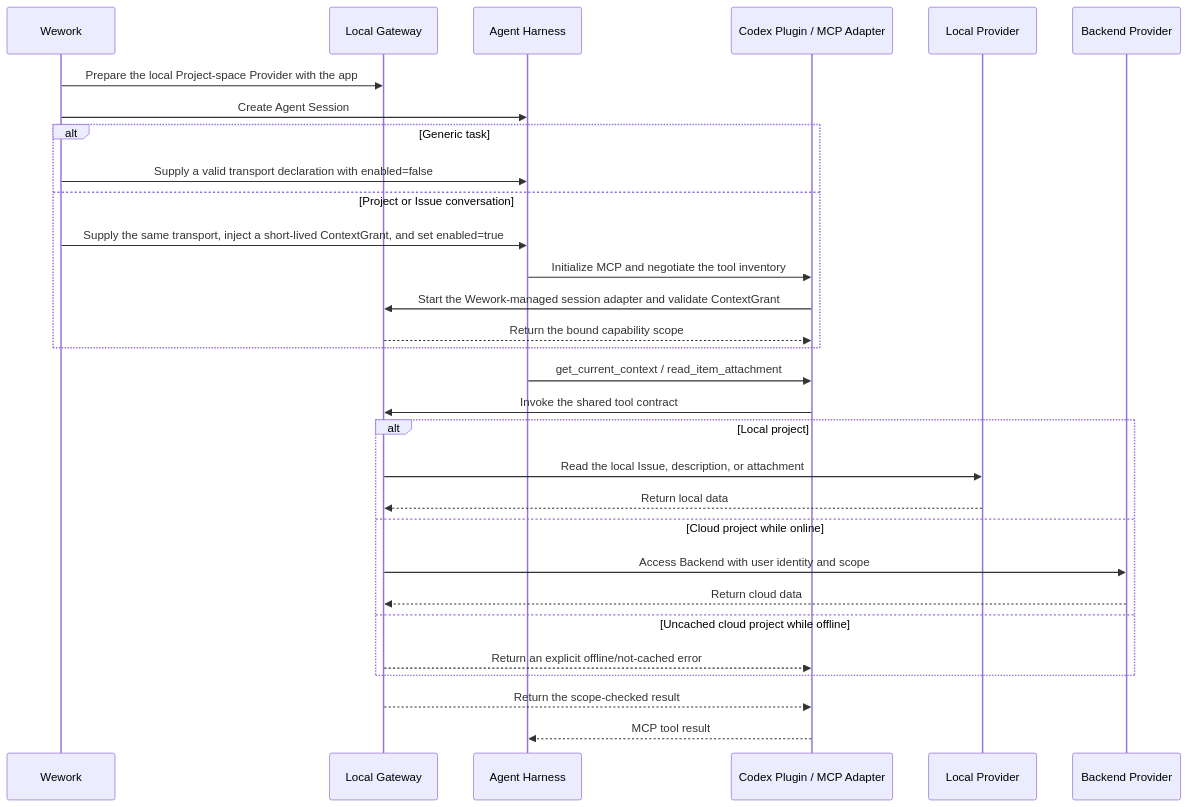
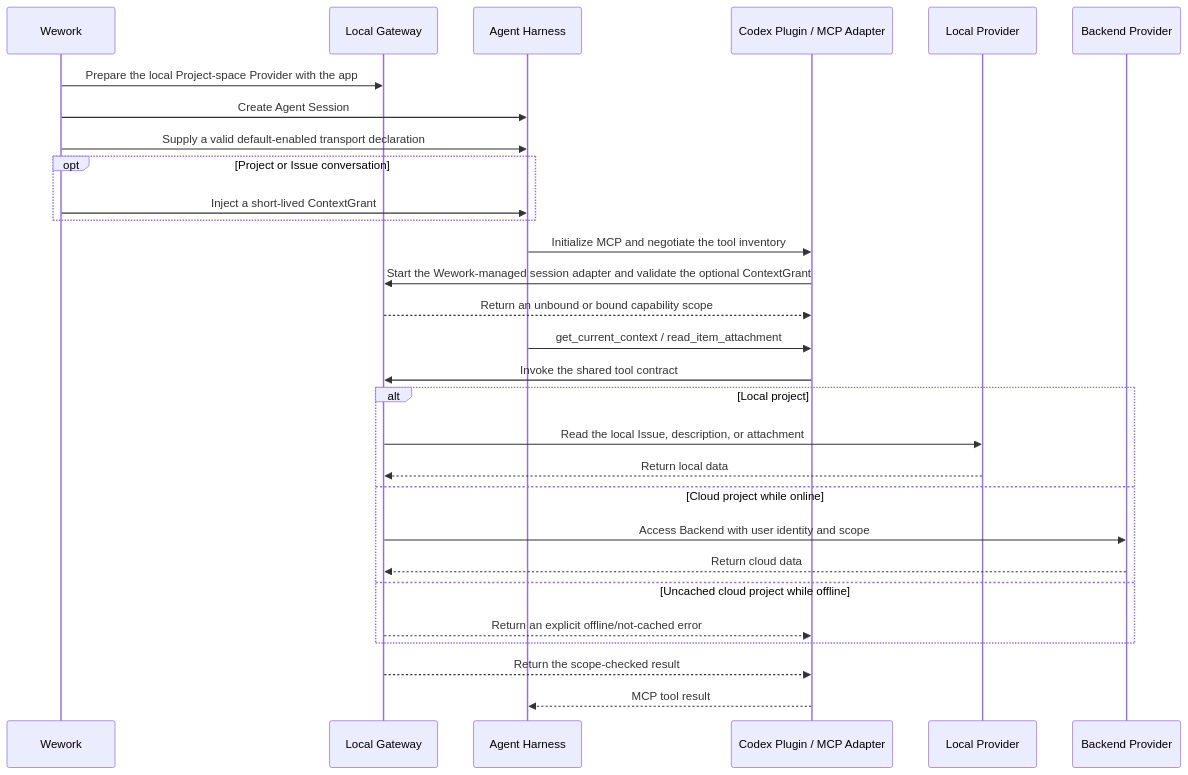
Before and after one commit to wecode-ai/Wegent: the second of 2 diagrams in docs/en/architecture/project-space-agent-capability.md, drawn with Mermaid. The commit also changed other lines of this file and 4 other files, not shown here.

Commit message:
fix(executor): enable project space MCP by default

````diff
--- a/docs/en/architecture/project-space-agent-capability.md
+++ b/docs/en/architecture/project-space-agent-capability.md
@@ -30,33 +30,32 @@
 ```mermaid
 sequenceDiagram
     participant W as Wework
     participant G as Local Gateway
     participant H as Agent Harness
     participant P as Codex Plugin / MCP Adapter
     participant L as Local Provider
     participant B as Backend Provider
 
     W->>G: Prepare the local Project-space Provider with the app
     W->>H: Create Agent Session
-    alt Generic task
-        W->>H: Supply a valid transport declaration with enabled=false
-    else Project or Issue conversation
-        W->>H: Supply the same transport, inject a short-lived ContextGrant, and set enabled=true
-        H->>P: Initialize MCP and negotiate the tool inventory
-        P->>G: Start the Wework-managed session adapter and validate ContextGrant
-        G-->>P: Return the bound capability scope
+    W->>H: Supply a valid default-enabled transport declaration
+    opt Project or Issue conversation
+        W->>H: Inject a short-lived ContextGrant
     end
+    H->>P: Initialize MCP and negotiate the tool inventory
+    P->>G: Start the Wework-managed session adapter and validate the optional ContextGrant
+    G-->>P: Return an unbound or bound capability scope
     H->>P: get_current_context / read_item_attachment
     P->>G: Invoke the shared tool contract
     alt Local project
         G->>L: Read the local Issue, description, or attachment
         L-->>G: Return local data
     else Cloud project while online
         G->>B: Access Backend with user identity and scope
         B-->>G: Return cloud data
     else Uncached cloud project while offline
         G-->>P: Return an explicit offline/not-cached error
     end
     G-->>P: Return the scope-checked result
     P-->>H: MCP tool result
 ```
````
